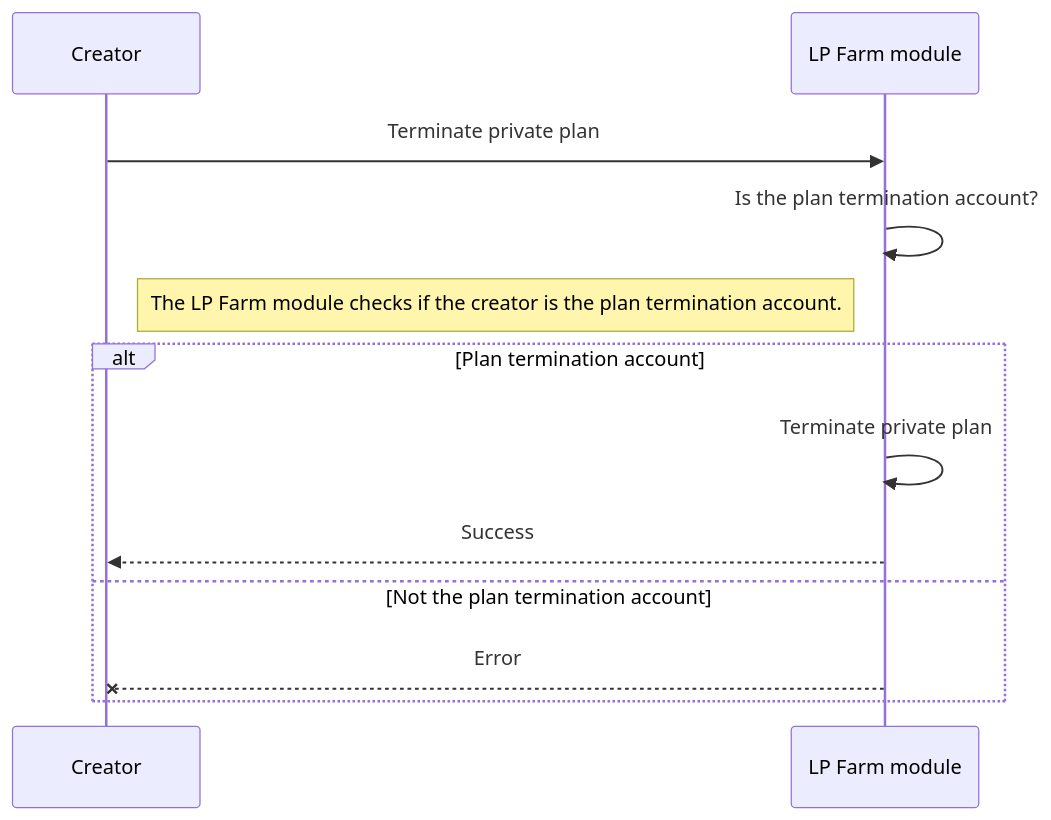
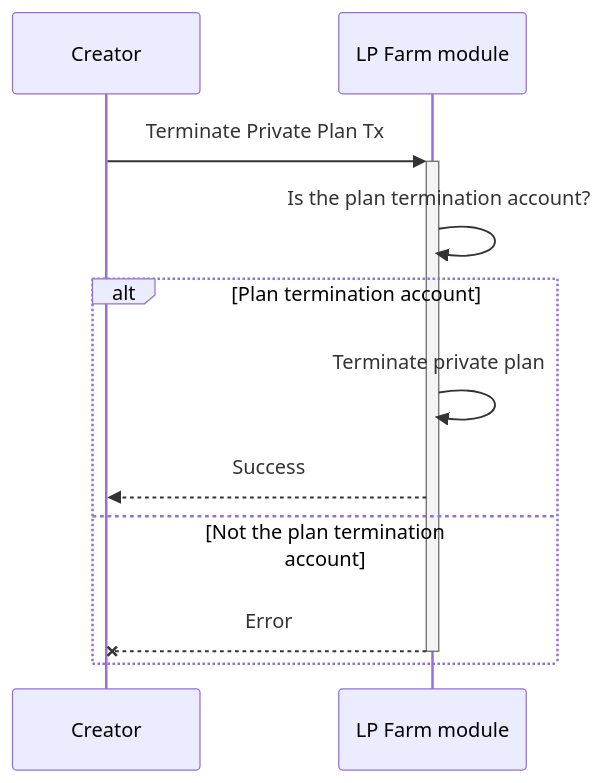
Before and after one commit to MANTRA-Chain/mantrachain: the second of 5 diagrams in x/lpfarm/spec/07_txs_flows.md, drawn with Mermaid. The commit also changed other lines of this file and 12 other files, not shown here.

Commit message:
docs: add update txs flows docs

````diff
--- a/x/lpfarm/spec/07_txs_flows.md
+++ b/x/lpfarm/spec/07_txs_flows.md
@@ -25,12 +24,11 @@
 ```mermaid
 sequenceDiagram
-Creator ->> LP Farm module: Terminate private plan
+Creator->>+LP Farm module: Terminate Private Plan Tx
 LP Farm module->>LP Farm module: Is the plan termination account?
-Note left of LP Farm module: The LP Farm module checks if the creator is the plan termination account.
 alt Plan termination account
   LP Farm module->>LP Farm module: Terminate private plan
-  LP Farm module-->> Creator: Success
+  LP Farm module-->>Creator: Success
 else Not the plan termination account
-  LP Farm module--x Creator: Error
+  LP Farm module--x-Creator: Error
 end
 ```
````
